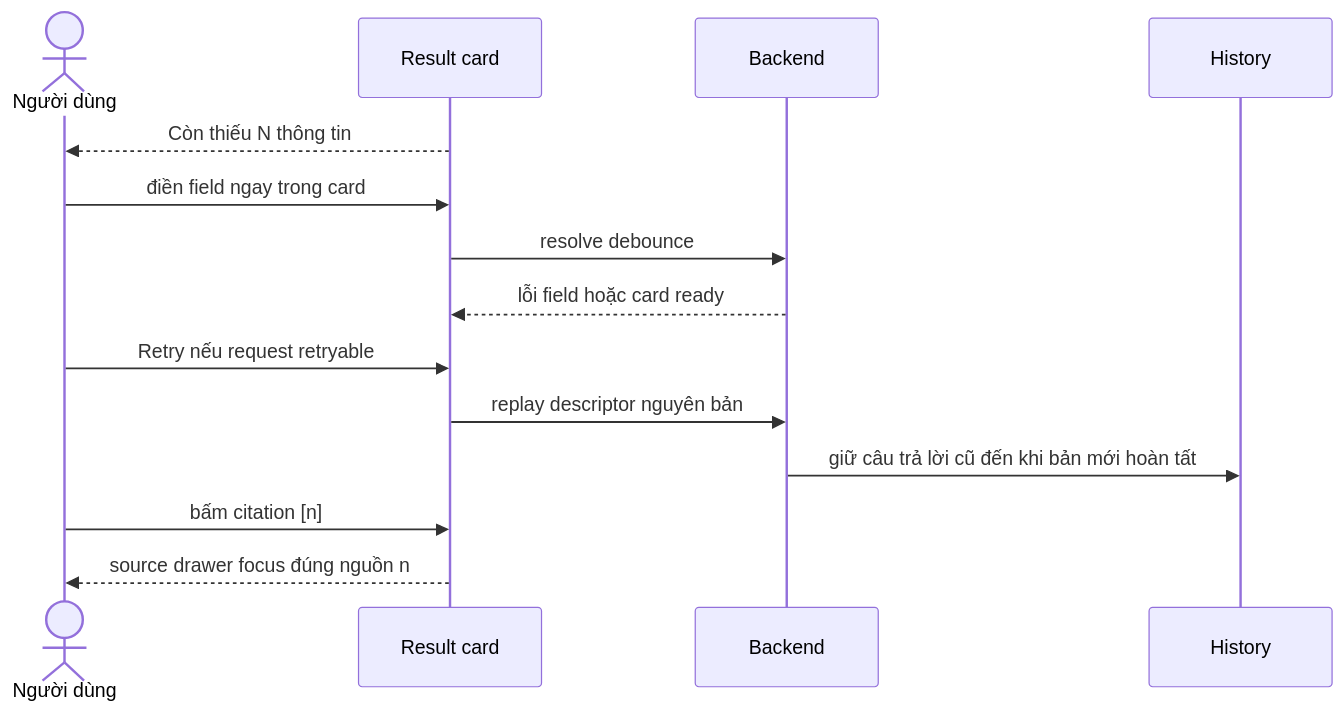
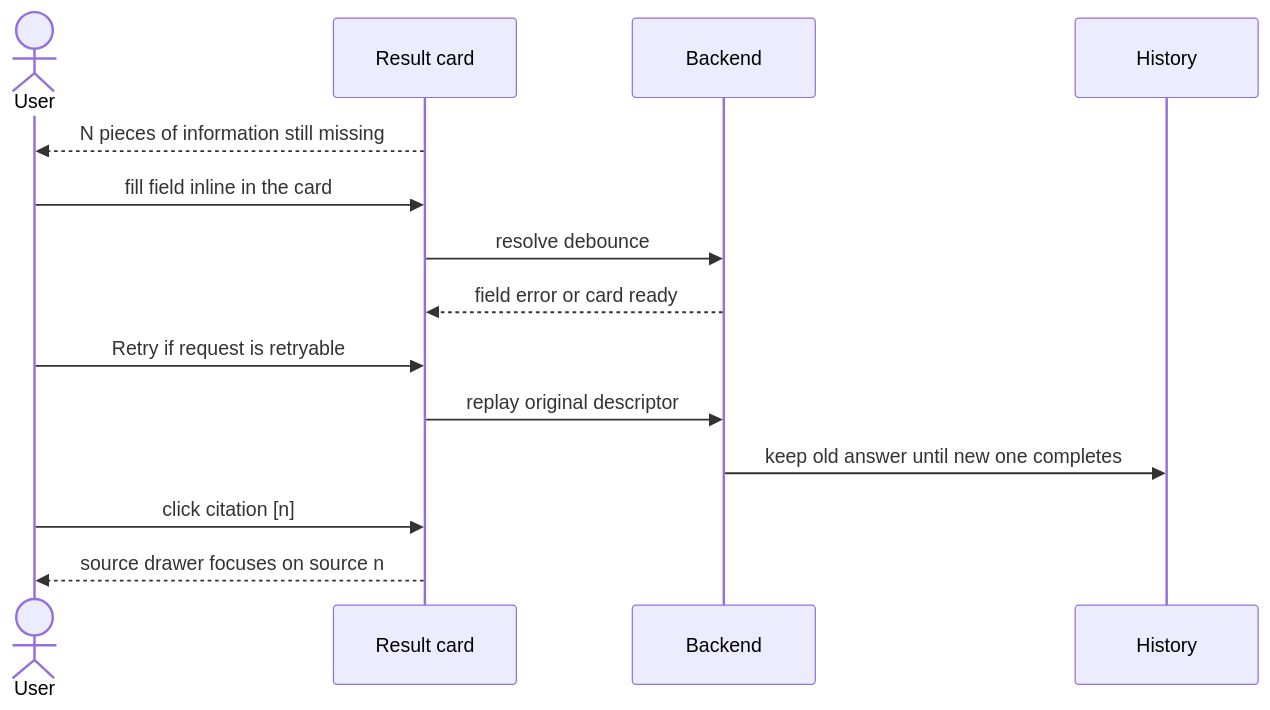
Before and after one commit to taitran501/vietnam-legal-agent: the third of 4 diagrams in docs/architecture/guided-user-flows.md, drawn with Mermaid. The commit also changed other lines of this file and 28 other files, not shown here.

````diff
--- a/docs/architecture/guided-user-flows.md
+++ b/docs/architecture/guided-user-flows.md
@@ -68,17 +72,17 @@
 ```mermaid
 sequenceDiagram
-    actor User as Người dùng
+    actor User as User
     participant UI as Result card
     participant API as Backend
     participant Store as History
 
-    UI-->>User: Còn thiếu N thông tin
-    User->>UI: điền field ngay trong card
+    UI-->>User: N pieces of information still missing
+    User->>UI: fill field inline in the card
     UI->>API: resolve debounce
-    API-->>UI: lỗi field hoặc card ready
-    User->>UI: Retry nếu request retryable
-    UI->>API: replay descriptor nguyên bản
-    API->>Store: giữ câu trả lời cũ đến khi bản mới hoàn tất
-    User->>UI: bấm citation [n]
-    UI-->>User: source drawer focus đúng nguồn n
+    API-->>UI: field error or card ready
+    User->>UI: Retry if request is retryable
+    UI->>API: replay original descriptor
+    API->>Store: keep old answer until new one completes
+    User->>UI: click citation [n]
+    UI-->>User: source drawer focuses on source n
 ```
````
